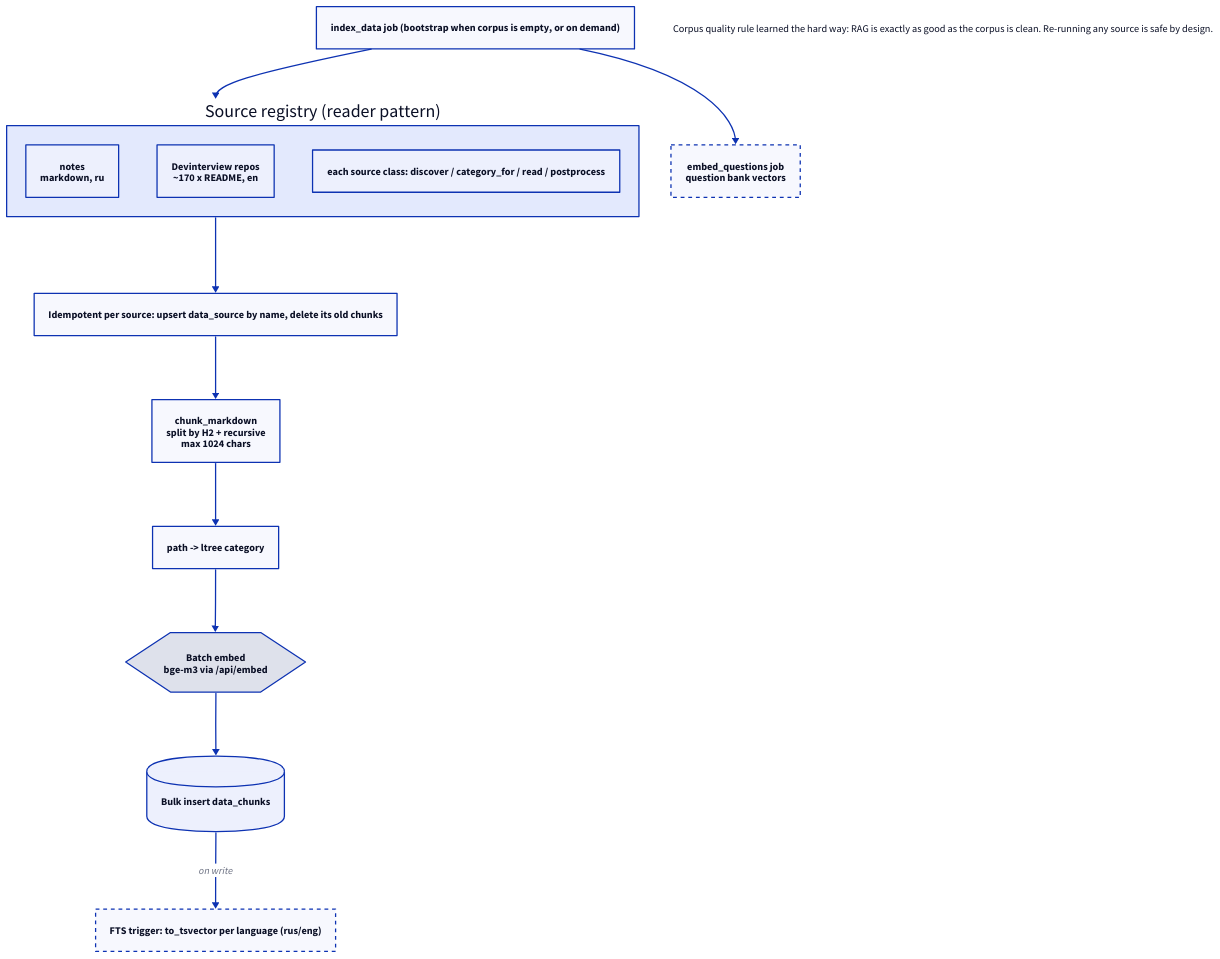
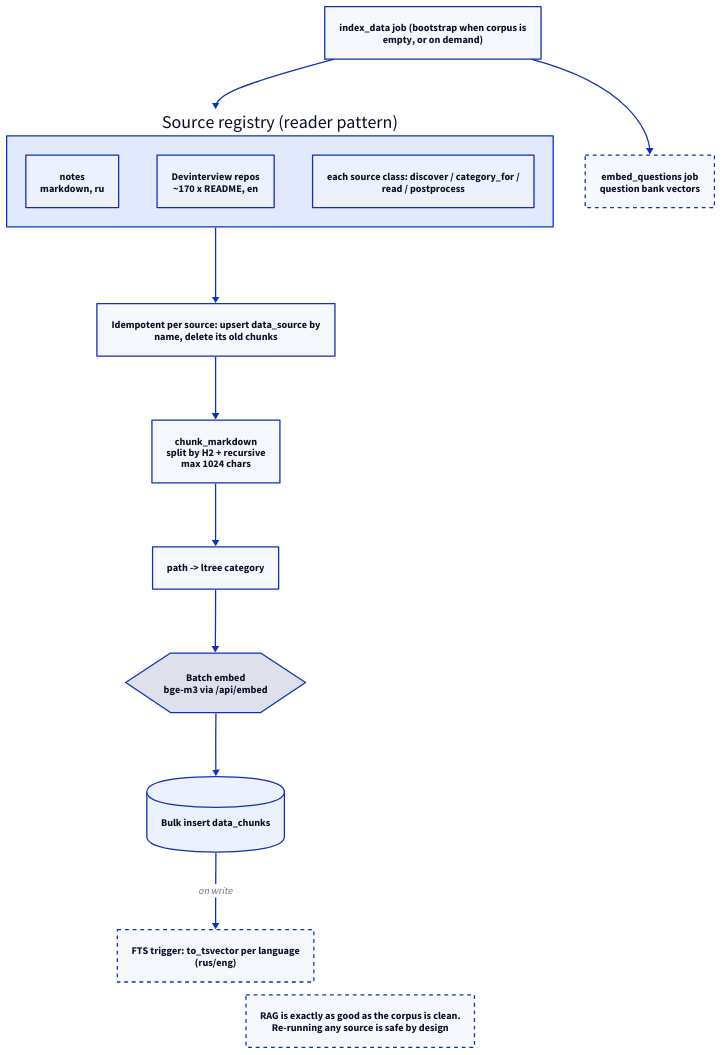
The diagram in docs/diagrams/ingestion.d2 (rikitikitav1/rag-lab), drawn with D2 before and after one commit. The commit also changed 14 other files, not shown here.

First line of the commit message:
Wrap diagram labels by word and stop notes from floating

```diff
--- a/docs/diagrams/ingestion.d2
+++ b/docs/diagrams/ingestion.d2
@@ -1,38 +1,38 @@
 direction: down
 
-trigger: "index_data job (bootstrap when corpus is empty, or on demand)"
+trigger: "index_data job (bootstrap when corpus is\nempty, or on demand)"
 
 sources: Source registry (reader pattern) {
   direction: right
   notes: notes\nmarkdown, ru
   interview: Devinterview repos\n~170 x README, en
-  hooks: "each source class: discover / category_for / read / postprocess"
+  hooks: "each source class: discover / category_for /\nread / postprocess"
 }
 
-idem: "Idempotent per source: upsert data_source by name, delete its old chunks"
+idem: "Idempotent per source: upsert data_source by\nname, delete its old chunks"
 
 chunk: chunk_markdown\nsplit by H2 + recursive\nmax 1024 chars
 cat: "path -> ltree category"
 embed: Batch embed\nbge-m3 via /api/embed {
   shape: hexagon
 }
 insert: Bulk insert data_chunks {
   shape: cylinder
 }
-tsv: "FTS trigger: to_tsvector per language (rus/eng)" {
+tsv: "FTS trigger: to_tsvector per language\n(rus/eng)" {
   style.stroke-dash: 3
 }
 
 questions: embed_questions job\nquestion bank vectors {
   style.stroke-dash: 3
 }
 
 trigger -> sources
 sources -> idem -> chunk -> cat -> embed -> insert
 insert -> tsv: on write
 trigger -> questions
 
-note: |md
-  Corpus quality rule learned the hard way: RAG is exactly as good
-  as the corpus is clean. Re-running any source is safe by design.
-|
+note: "RAG is exactly as good as the corpus is clean.\nRe-running any source is safe by design" {
+  near: bottom-center
+  style.stroke-dash: 3
+}
```
